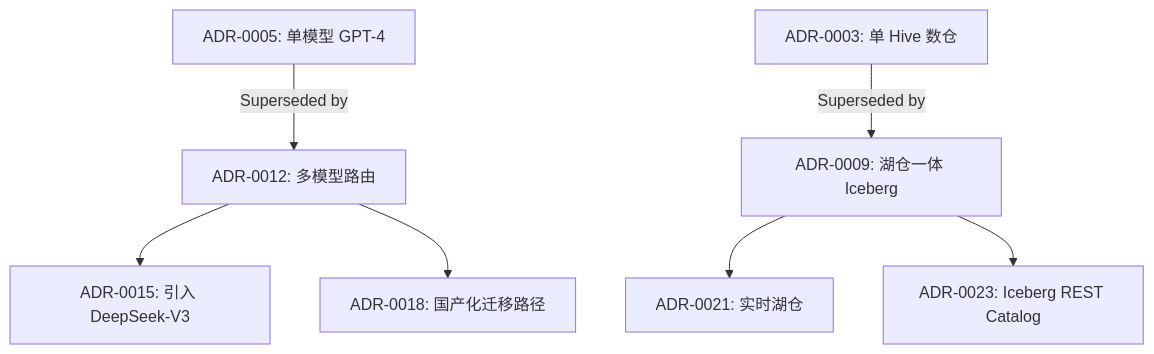
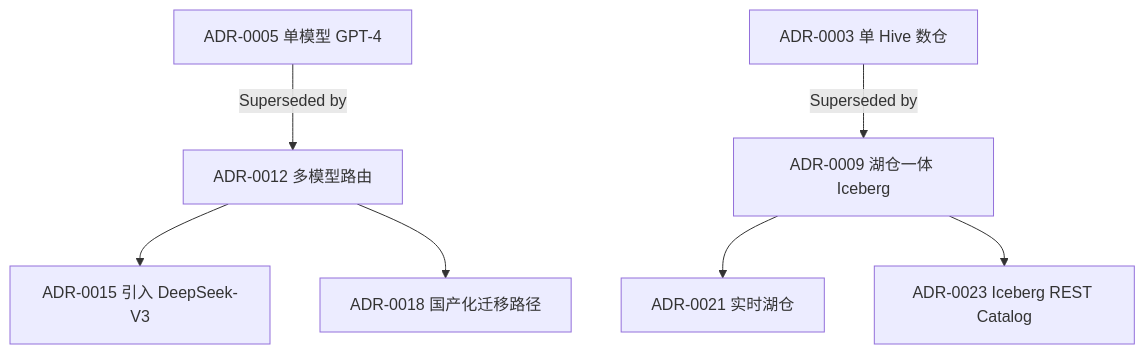
One commit to QuanhongDing/data-travel changed the diagram in 13-decision/01-adr/01-adr-section-4-sec4.md. Above: the diagram before and after it, drawn with Mermaid. The commit also changed other lines of this file and 12 other files, not shown here.

````diff
--- a/13-decision/01-adr/01-adr-section-4-sec4.md
+++ b/13-decision/01-adr/01-adr-section-4-sec4.md
@@ -229,9 +302,9 @@
 ```mermaid
 graph TD
-    A[ADR-0005: 单模型 GPT-4] -->|Superseded by| B[ADR-0012: 多模型路由]
-    B --> C[ADR-0015: 引入 DeepSeek-V3]
-    B --> D[ADR-0018: 国产化迁移路径]
-    E[ADR-0003: 单 Hive 数仓] -->|Superseded by| F[ADR-0009: 湖仓一体 Iceberg]
-    F --> G[ADR-0021: 实时湖仓]
-    F --> H[ADR-0023: Iceberg REST Catalog]
+    A["ADR-0005 单模型 GPT-4"] -->|Superseded by| B["ADR-0012 多模型路由"]
+    B --> C["ADR-0015 引入 DeepSeek-V3"]
+    B --> D["ADR-0018 国产化迁移路径"]
+    E["ADR-0003 单 Hive 数仓"] -->|Superseded by| F["ADR-0009 湖仓一体 Iceberg"]
+    F --> G["ADR-0021 实时湖仓"]
+    F --> H["ADR-0023 Iceberg REST Catalog"]
 ```
````
